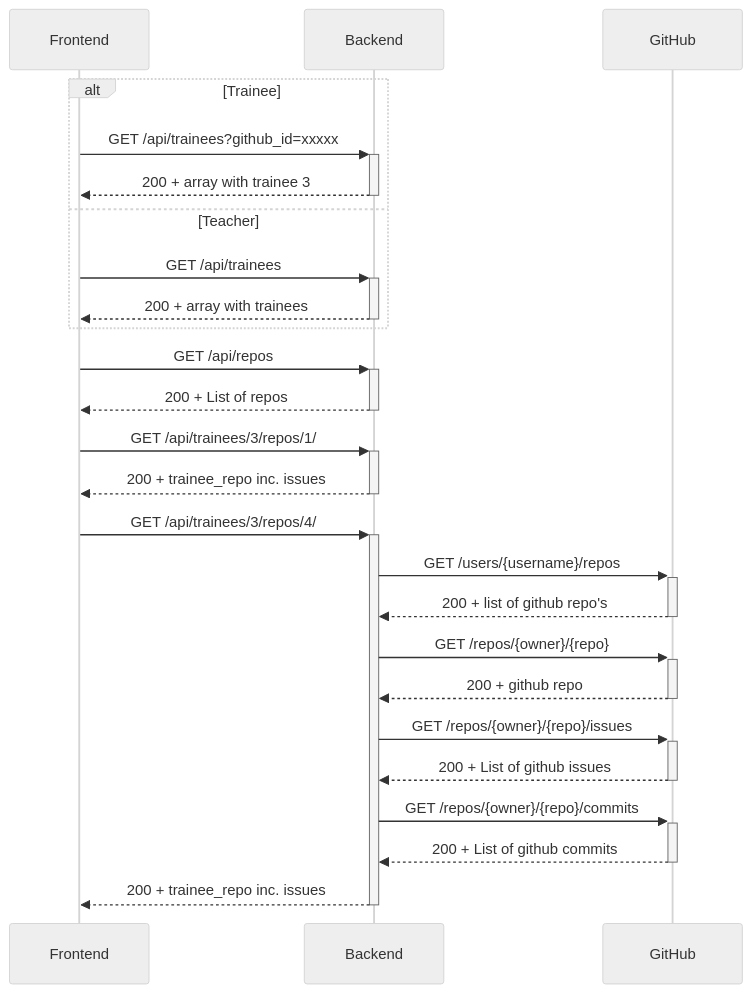
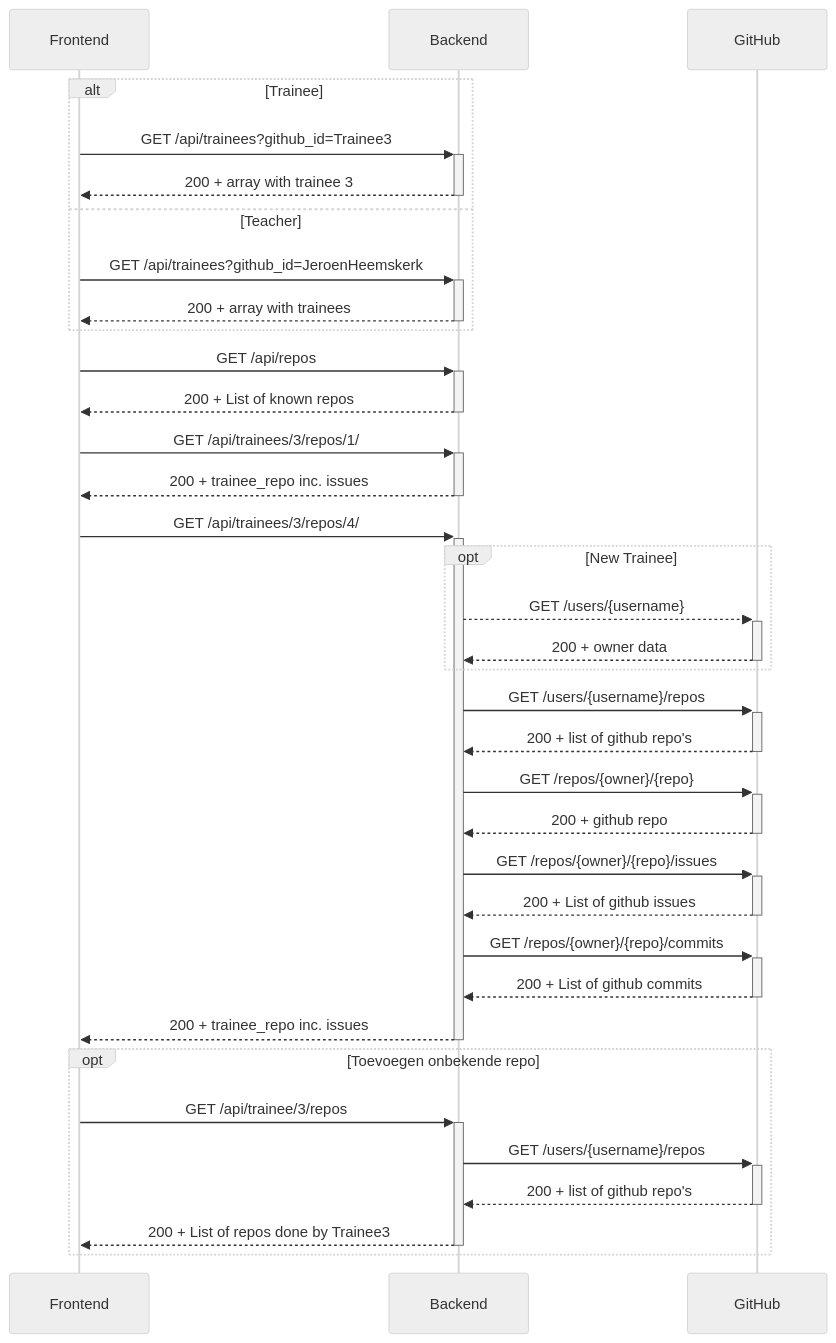
Before and after one commit to Educom-Trainees/educom-do-i-code: the second of 2 diagrams in documents/API-flow.md, drawn with Mermaid (neutral theme). The commit also changed other lines of this file, not shown here.

Commit message:
added call for adding new repro's

````diff
--- a/documents/API-flow.md
+++ b/documents/API-flow.md
@@ -33,24 +33,34 @@
 ```mermaid
 sequenceDiagram
     alt Trainee
-    Frontend->>+Backend: GET /api/trainees?github_id=xxxxx
+    Frontend->>+Backend: GET /api/trainees?github_id=Trainee3
     Backend-->>-Frontend: 200 + array with trainee 3
     else Teacher
-    Frontend->>+Backend: GET /api/trainees
+    Frontend->>+Backend: GET /api/trainees?github_id=JeroenHeemskerk
     Backend-->>-Frontend: 200 + array with trainees
     end
     Frontend->>+Backend: GET /api/repos
-    Backend-->>-Frontend: 200 + List of repos
+    Backend-->>-Frontend: 200 + List of known repos
     Frontend->>+Backend: GET /api/trainees/3/repos/1/
     Backend-->>-Frontend: 200 + trainee_repo inc. issues
     Frontend->>+Backend: GET /api/trainees/3/repos/4/
+    opt New Trainee
+    Backend-->>+GitHub: GET /users/{username}
+    GitHub-->>-Backend: 200 + owner data
+    end
     Backend->>+GitHub: GET /users/{username}/repos
     GitHub-->>-Backend: 200 + list of github repo's
     Backend->>+GitHub: GET /repos/{owner}/{repo}
     GitHub-->>-Backend: 200 + github repo
     Backend->>+GitHub: GET /repos/{owner}/{repo}/issues
     GitHub-->>-Backend: 200 + List of github issues
     Backend->>+GitHub: GET /repos/{owner}/{repo}/commits
     GitHub-->>-Backend: 200 + List of github commits
     Backend-->>-Frontend: 200 + trainee_repo inc. issues
+    opt Toevoegen onbekende repo
+    Frontend->>+Backend: GET /api/trainee/3/repos
+    Backend->>+GitHub: GET /users/{username}/repos
+    GitHub-->>-Backend: 200 + list of github repo's
+    Backend-->>-Frontend: 200 + List of repos done by Trainee3
+    end
 ```
````
